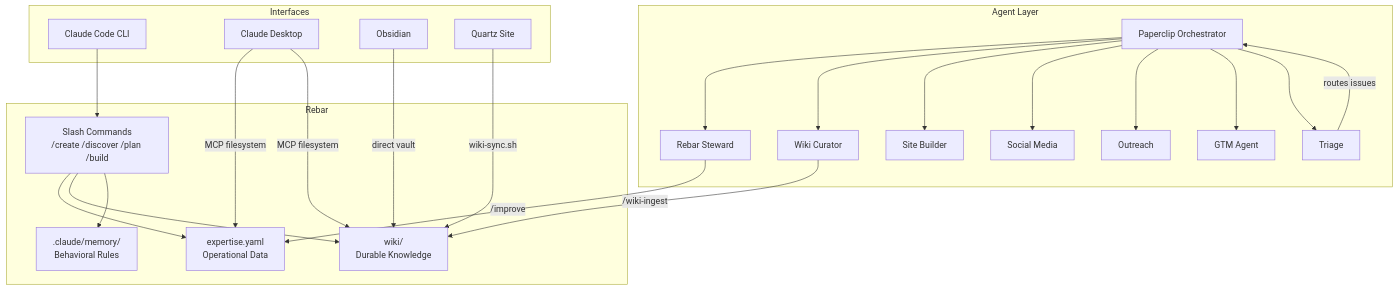
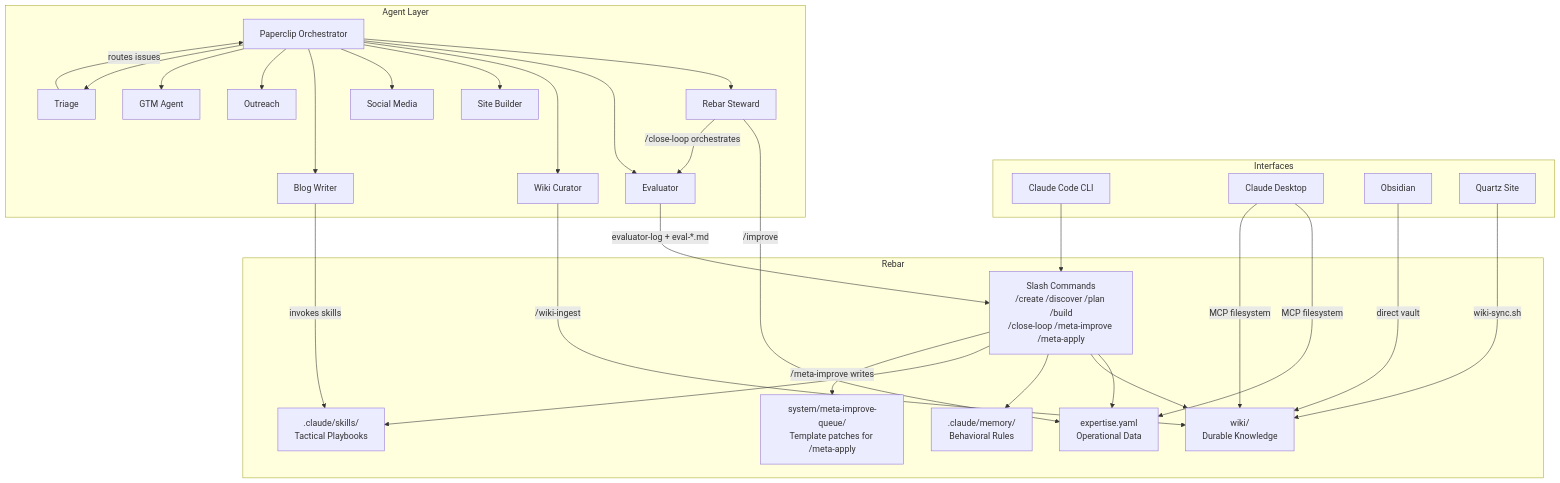
Before and after one commit to spotcircuit/rebar: the first of 6 diagrams in wiki/diagrams/architecture.md, drawn with Mermaid. The commit also changed other lines of this file and 95 other files, not shown here.

````diff
--- a/wiki/diagrams/architecture.md
+++ b/wiki/diagrams/architecture.md
@@ -7,49 +7,60 @@
 ```mermaid
 graph TB
     subgraph "Interfaces"
         CC[Claude Code CLI]
         CD[Claude Desktop]
         OB[Obsidian]
         QZ[Quartz Site]
     end
 
     subgraph "Rebar"
-        CMD[Slash Commands<br>/create /discover /plan /build]
+        CMD[Slash Commands<br>/create /discover /plan /build<br>/close-loop /meta-improve /meta-apply]
         EXP[expertise.yaml<br>Operational Data]
         MEM[.claude/memory/<br>Behavioral Rules]
+        SK[.claude/skills/<br>Tactical Playbooks]
         WIKI[wiki/<br>Durable Knowledge]
+        QUEUE[system/meta-improve-queue/<br>Template patches for /meta-apply]
     end
 
     subgraph "Agent Layer"
         PC[Paperclip Orchestrator]
         CS[Rebar Steward]
+        EV[Evaluator]
         WC[Wiki Curator]
         SB[Site Builder]
         SM[Social Media]
+        BW[Blog Writer]
         OR[Outreach]
         GTM[GTM Agent]
         TR[Triage]
     end
 
     CC --> CMD
     CD -->|MCP filesystem| EXP
     CD -->|MCP filesystem| WIKI
     OB -->|direct vault| WIKI
     QZ -->|wiki-sync.sh| WIKI
 
     CMD --> EXP
     CMD --> WIKI
     CMD --> MEM
+    CMD --> SK
+    CMD -->|/meta-improve writes| QUEUE
 
     PC --> CS
+    PC --> EV
     PC --> WC
     PC --> SB
     PC --> SM
+    PC --> BW
     PC --> OR
     PC --> GTM
     PC --> TR
 
     CS -->|/improve| EXP
+    CS -->|/close-loop orchestrates| EV
+    EV -->|evaluator-log + eval-*.md| CMD
     WC -->|/wiki-ingest| WIKI
+    BW -->|invokes skills| SK
     TR -->|routes issues| PC
 ```
````
